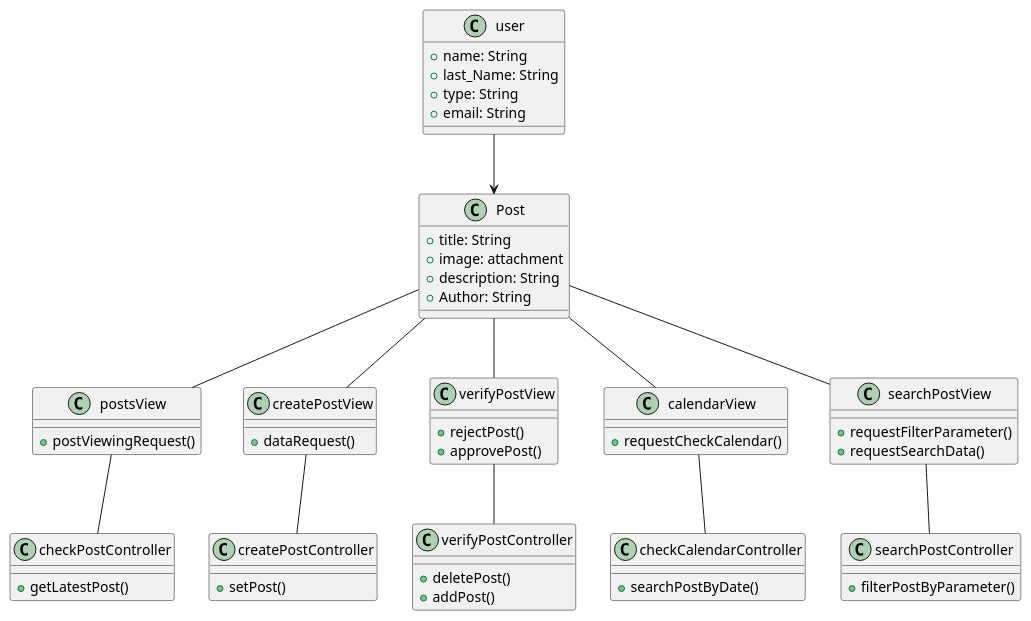
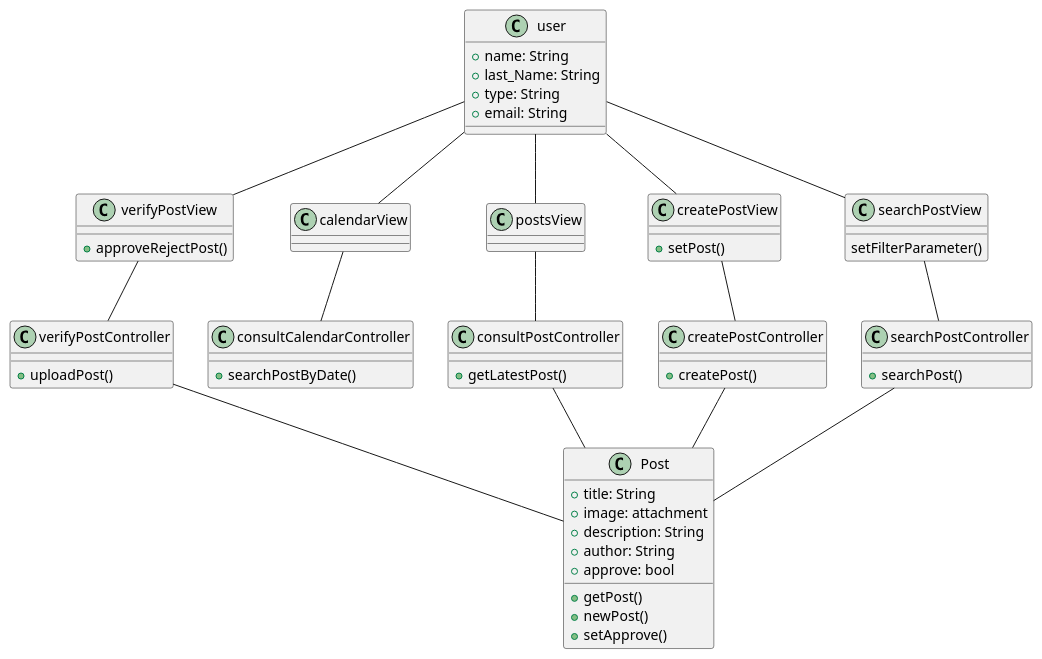
One commit to Dayannis-07/ING_SOFT changed the diagram in docs/scenariosView/AnalysisClassDiagram.plantuml. Above: the diagram before and after it, drawn with PlantUML. The commit also changed 11 other files, not shown here.

Commit message:
corrections collaboration Diagram & classDiagram

```diff
--- a/docs/scenariosView/AnalysisClassDiagram.plantuml
+++ b/docs/scenariosView/AnalysisClassDiagram.plantuml
@@ -1,59 +1,65 @@
 @startuml classDiagram
 class user{
  +name: String
     +last_Name: String
     +type: String
     +email: String
 }
 class Post{
  +title: String
     +image: attachment
     +description: String
-    + Author: String
+    + author: String
+    + approve: bool
+    + getPost()
+    +newPost()
+    +setApprove()
+
+
 }
-class postsView{
-  +postViewingRequest()
-}
-class createPostView{
- +dataRequest()
-}
+
 class verifyPostController{
-+deletePost()
-+addPost()
++uploadPost()
 }
 class createPostController{
-  +setPost()
+  +createPost()
 }
-class checkPostController{
+class consultPostController{
 + getLatestPost()
 }
 class searchPostController{
-+filterPostByParameter()
++searchPost()
+}
+class consultCalendarController{
+  +searchPostByDate()
 }
 class verifyPostView{
-+rejectPost()
-+approvePost()
++approveRejectPost()
 }
 class calendarView{
-+requestCheckCalendar()
 }
-class checkCalendarController{
-  +searchPostByDate()
+class postsView{
+  
+}
+class createPostView{
+ +setPost()
 }
 class searchPostView{
-  +requestFilterParameter()
-  +requestSearchData()
+  setFilterParameter()
 }
 
-Post--postsView
-Post-- verifyPostView
-Post-- createPostView
-Post-- searchPostView
-Post--calendarView
-postsView--checkPostController
+user--postsView
+user-- verifyPostView
+user-- createPostView
+user-- searchPostView
+postsView--consultPostController
 createPostView--createPostController
 verifyPostView--verifyPostController
 searchPostView--searchPostController
-calendarView--checkCalendarController
-user-->Post
+searchPostController--Post
+createPostController--Post
+verifyPostController--Post
+consultPostController--Post
+user--calendarView
+calendarView--consultCalendarController
 @enduml
```
